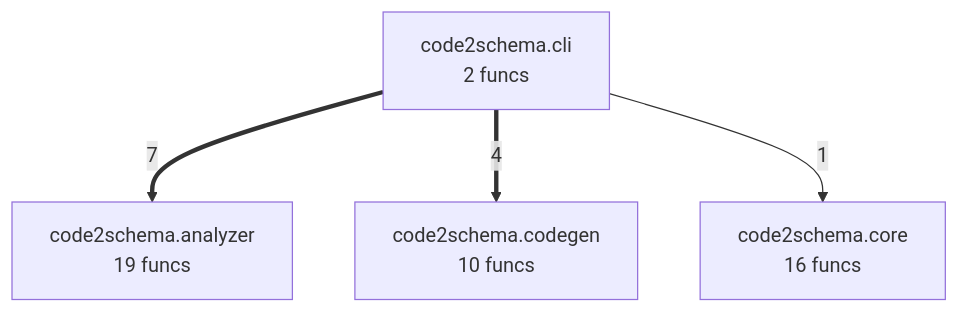
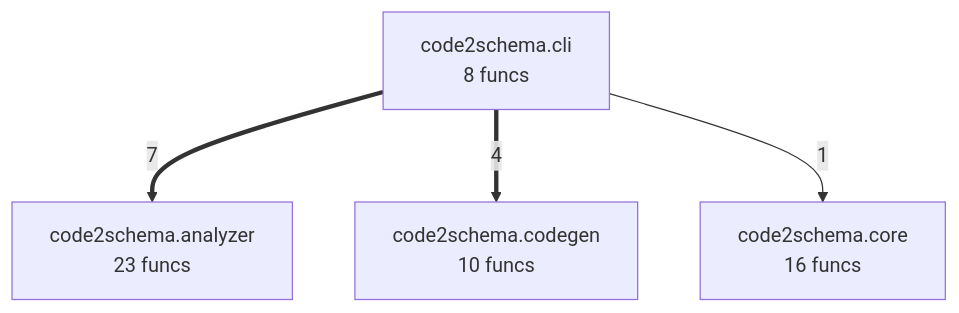
Before and after one commit to semcod/code2schema: the diagram in project/compact_flow.mmd, drawn with Mermaid. The commit also changed 36 other files, not shown here.

```diff
--- a/project/compact_flow.mmd
+++ b/project/compact_flow.mmd
@@ -1,8 +1,9 @@
 flowchart TD
-    code2schema__analyzer["code2schema.analyzer<br/>19 funcs"]
-    code2schema__cli["code2schema.cli<br/>2 funcs"]
+%% generated in 0.00s
+    code2schema__analyzer["code2schema.analyzer<br/>23 funcs"]
+    code2schema__cli["code2schema.cli<br/>8 funcs"]
     code2schema__codegen["code2schema.codegen<br/>10 funcs"]
     code2schema__core["code2schema.core<br/>16 funcs"]
     code2schema__cli ==>|7| code2schema__analyzer
     code2schema__cli ==>|4| code2schema__codegen
     code2schema__cli -->|1| code2schema__core
```
